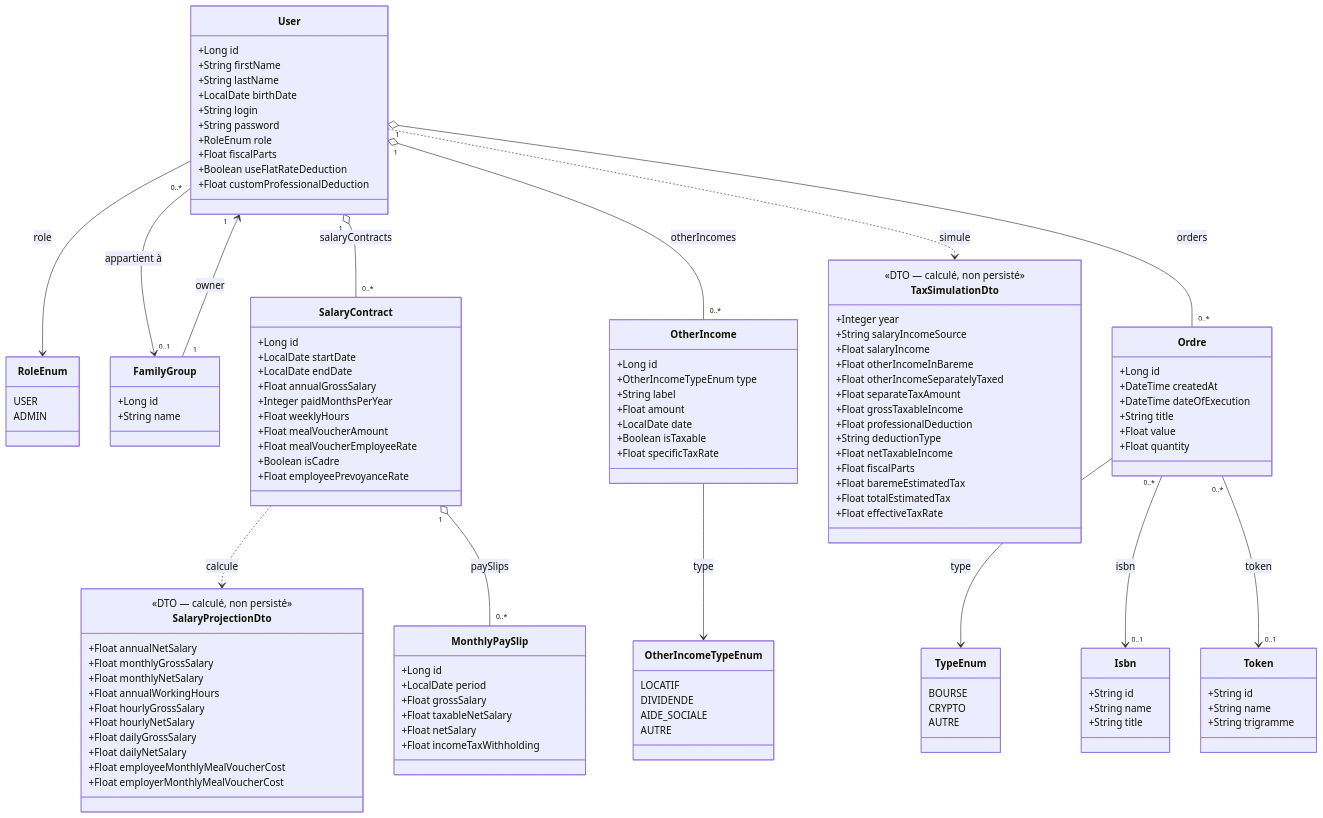
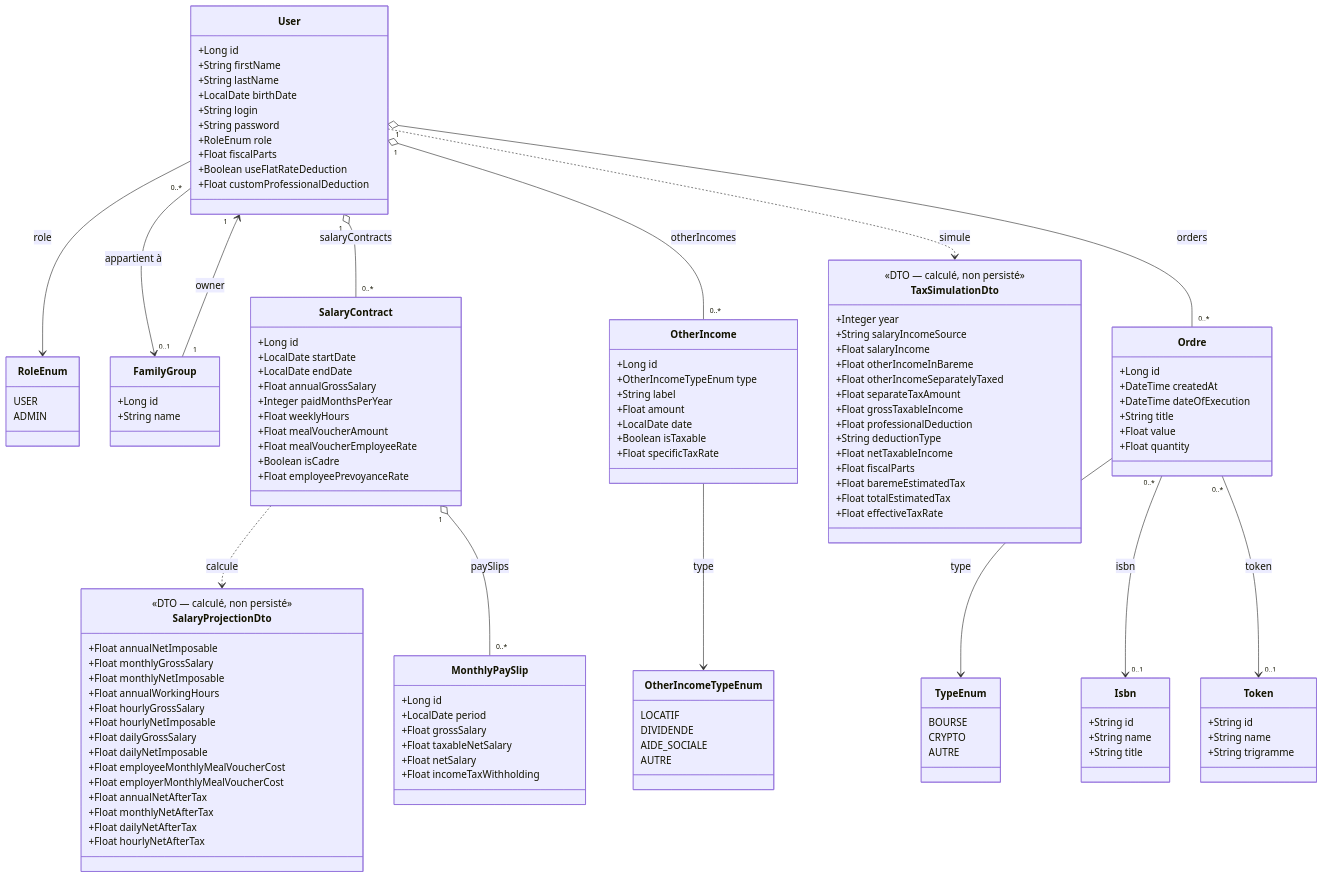
Before and after one commit to Neogost/MyFinance: the diagram in docs/architecture/diagram/class-diagram.mmd, drawn with Mermaid. The commit also changed 11 other files, not shown here.

First line of the commit message:
feat(salary): chaîne Brut → Net imposable → Net d'impôt dans les projections contrat

```diff
--- a/docs/architecture/diagram/class-diagram.mmd
+++ b/docs/architecture/diagram/class-diagram.mmd
@@ -1,151 +1,155 @@
 classDiagram
 
     %% ── Utilisateurs ──────────────────────────────────────────
     class User {
         +Long id
         +String firstName
         +String lastName
         +LocalDate birthDate
         +String login
         +String password
         +RoleEnum role
         +Float fiscalParts
         +Boolean useFlatRateDeduction
         +Float customProfessionalDeduction
     }
 
     class RoleEnum {
         USER
         ADMIN
     }
 
     class FamilyGroup {
         +Long id
         +String name
     }
 
     %% ── Revenus salariaux — vue théorique ─────────────────────
     class SalaryContract {
         +Long id
         +LocalDate startDate
         +LocalDate endDate
         +Float annualGrossSalary
         +Integer paidMonthsPerYear
         +Float weeklyHours
         +Float mealVoucherAmount
         +Float mealVoucherEmployeeRate
         +Boolean isCadre
         +Float employeePrevoyanceRate
     }
 
     class SalaryProjectionDto {
         <<DTO — calculé, non persisté>>
-        +Float annualNetSalary
+        +Float annualNetImposable
         +Float monthlyGrossSalary
-        +Float monthlyNetSalary
+        +Float monthlyNetImposable
         +Float annualWorkingHours
         +Float hourlyGrossSalary
-        +Float hourlyNetSalary
+        +Float hourlyNetImposable
         +Float dailyGrossSalary
-        +Float dailyNetSalary
+        +Float dailyNetImposable
         +Float employeeMonthlyMealVoucherCost
         +Float employerMonthlyMealVoucherCost
+        +Float annualNetAfterTax
+        +Float monthlyNetAfterTax
+        +Float dailyNetAfterTax
+        +Float hourlyNetAfterTax
     }
 
     %% ── Revenus salariaux — bulletins réels ───────────────────
     class MonthlyPaySlip {
         +Long id
         +LocalDate period
         +Float grossSalary
         +Float taxableNetSalary
         +Float netSalary
         +Float incomeTaxWithholding
     }
 
     %% ── Revenus non salariés ──────────────────────────────────
     class OtherIncome {
         +Long id
         +OtherIncomeTypeEnum type
         +String label
         +Float amount
         +LocalDate date
         +Boolean isTaxable
         +Float specificTaxRate
     }
 
     %% ── Simulateur des impôts ─────────────────────────────────
     class TaxSimulationDto {
         <<DTO — calculé, non persisté>>
         +Integer year
         +String salaryIncomeSource
         +Float salaryIncome
         +Float otherIncomeInBareme
         +Float otherIncomeSeparatelyTaxed
         +Float separateTaxAmount
         +Float grossTaxableIncome
         +Float professionalDeduction
         +String deductionType
         +Float netTaxableIncome
         +Float fiscalParts
         +Float baremeEstimatedTax
         +Float totalEstimatedTax
         +Float effectiveTaxRate
     }
 
     class OtherIncomeTypeEnum {
         LOCATIF
         DIVIDENDE
         AIDE_SOCIALE
         AUTRE
     }
 
     %% ── Ordres / Positions ────────────────────────────────────
     class Ordre {
         +Long id
         +DateTime createdAt
         +DateTime dateOfExecution
         +String title
         +Float value
         +Float quantity
     }
 
     class TypeEnum {
         BOURSE
         CRYPTO
         AUTRE
     }
 
     class Isbn {
         +String id
         +String name
         +String title
     }
 
     class Token {
         +String id
         +String name
         +String trigramme
     }
 
     %% ── Relations utilisateurs ────────────────────────────────
     User --> RoleEnum : role
     User "0..*" --> "0..1" FamilyGroup : appartient à
     FamilyGroup "1" --> "1" User : owner
 
     %% ── Relations revenus salariaux ───────────────────────────
     User "1" o-- "0..*" SalaryContract : salaryContracts
     SalaryContract ..> SalaryProjectionDto : calcule
     SalaryContract "1" o-- "0..*" MonthlyPaySlip : paySlips
 
     %% ── Relations revenus non salariés ───────────────────────
     User "1" o-- "0..*" OtherIncome : otherIncomes
     OtherIncome --> OtherIncomeTypeEnum : type
 
     %% ── Relations simulateur des impôts ───────────────────────
     User ..> TaxSimulationDto : simule
 
     %% ── Relations ordres ──────────────────────────────────────
     User "1" o-- "0..*" Ordre : orders
     Ordre --> TypeEnum : type
     Ordre "0..*" --> "0..1" Isbn : isbn
     Ordre "0..*" --> "0..1" Token : token
```
